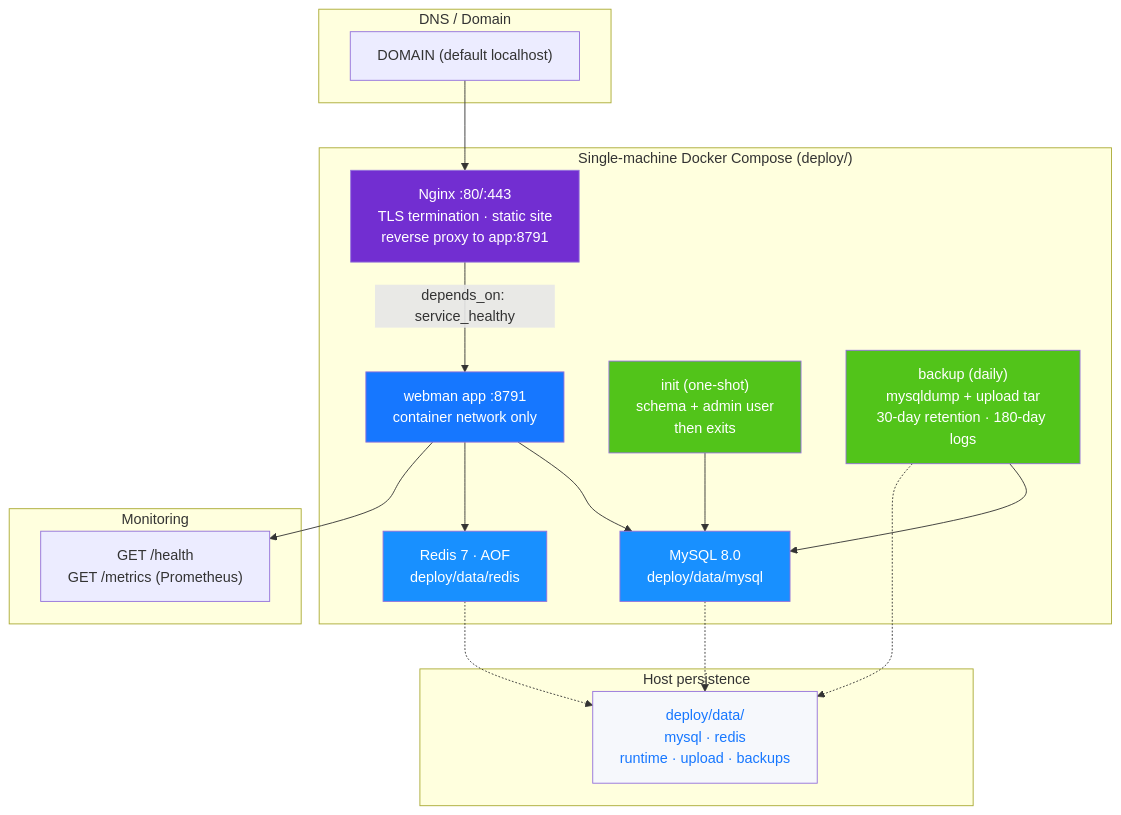
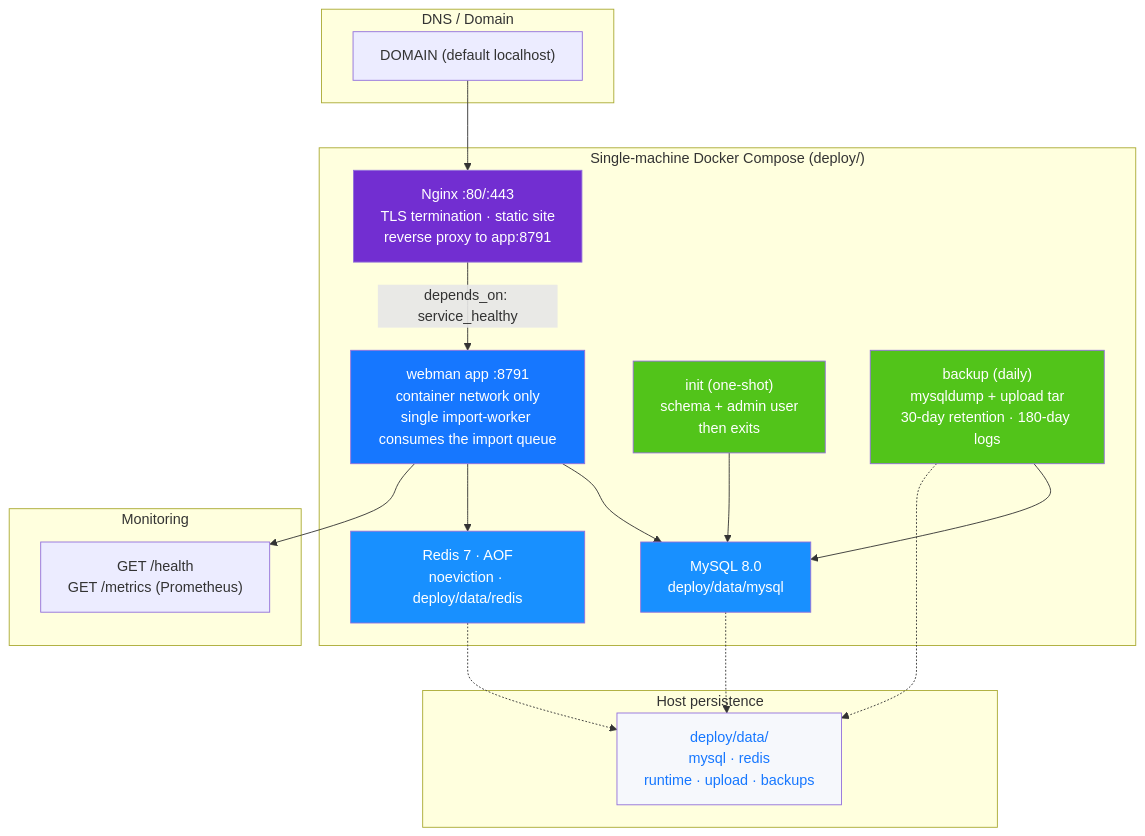
Diagram 15 of 15 in docs/ARCHITECTURE.en.md (erikwang2013/open-admin), drawn with Mermaid before and after one commit. The commit also changed other lines of this file and 55 other files, not shown here.

````diff
--- a/docs/ARCHITECTURE.en.md
+++ b/docs/ARCHITECTURE.en.md
@@ -659,42 +696,42 @@
 ```mermaid
 flowchart TB
     subgraph "DNS / Domain"
         DNS["DOMAIN (default localhost)"]
     end
 
     subgraph "Single-machine Docker Compose (deploy/)"
         NGX["Nginx :80/:443<br/>TLS termination · static site<br/>reverse proxy to app:8791"]
-        WM["webman app :8791<br/>container network only"]
+        WM["webman app :8791<br/>container network only<br/>single import-worker consumes the import queue"]
         INIT["init (one-shot)<br/>schema + admin user<br/>then exits"]
         MYSQL["MySQL 8.0<br/>deploy/data/mysql"]
-        REDIS["Redis 7 · AOF<br/>deploy/data/redis"]
+        REDIS["Redis 7 · AOF<br/>noeviction · deploy/data/redis"]
         BACKUP["backup (daily)<br/>mysqldump + upload tar<br/>30-day retention · 180-day logs"]
     end
 
     subgraph "Host persistence"
         DATA["deploy/data/<br/>mysql · redis<br/>runtime · upload · backups"]
     end
 
     subgraph "Monitoring"
         MON["GET /health<br/>GET /metrics (Prometheus)"]
     end
 
     DNS --> NGX
     NGX -->|"depends_on: service_healthy"| WM
     WM --> MYSQL
     WM --> REDIS
     INIT --> MYSQL
     BACKUP --> MYSQL
     MYSQL -.-> DATA
     REDIS -.-> DATA
     BACKUP -.-> DATA
     WM --> MON
 
     style NGX fill:#722ED1,color:#fff
     style WM fill:#1677FF,color:#fff
     style INIT fill:#52C41A,color:#fff
     style MYSQL fill:#1890FF,color:#fff
     style REDIS fill:#1890FF,color:#fff
     style BACKUP fill:#52C41A,color:#fff
     style DATA fill:#F6F8FC,color:#1677FF
 ```
````
